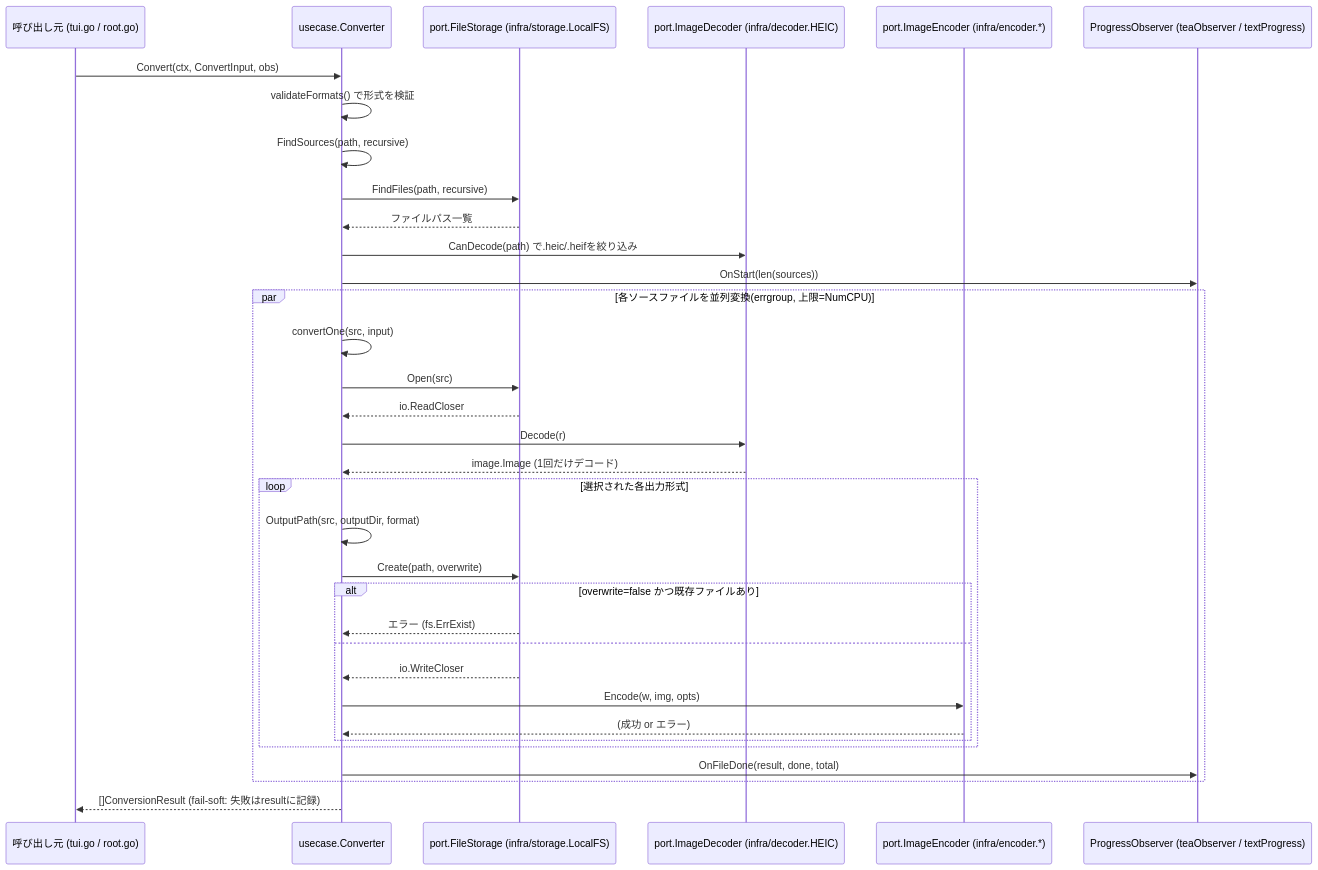
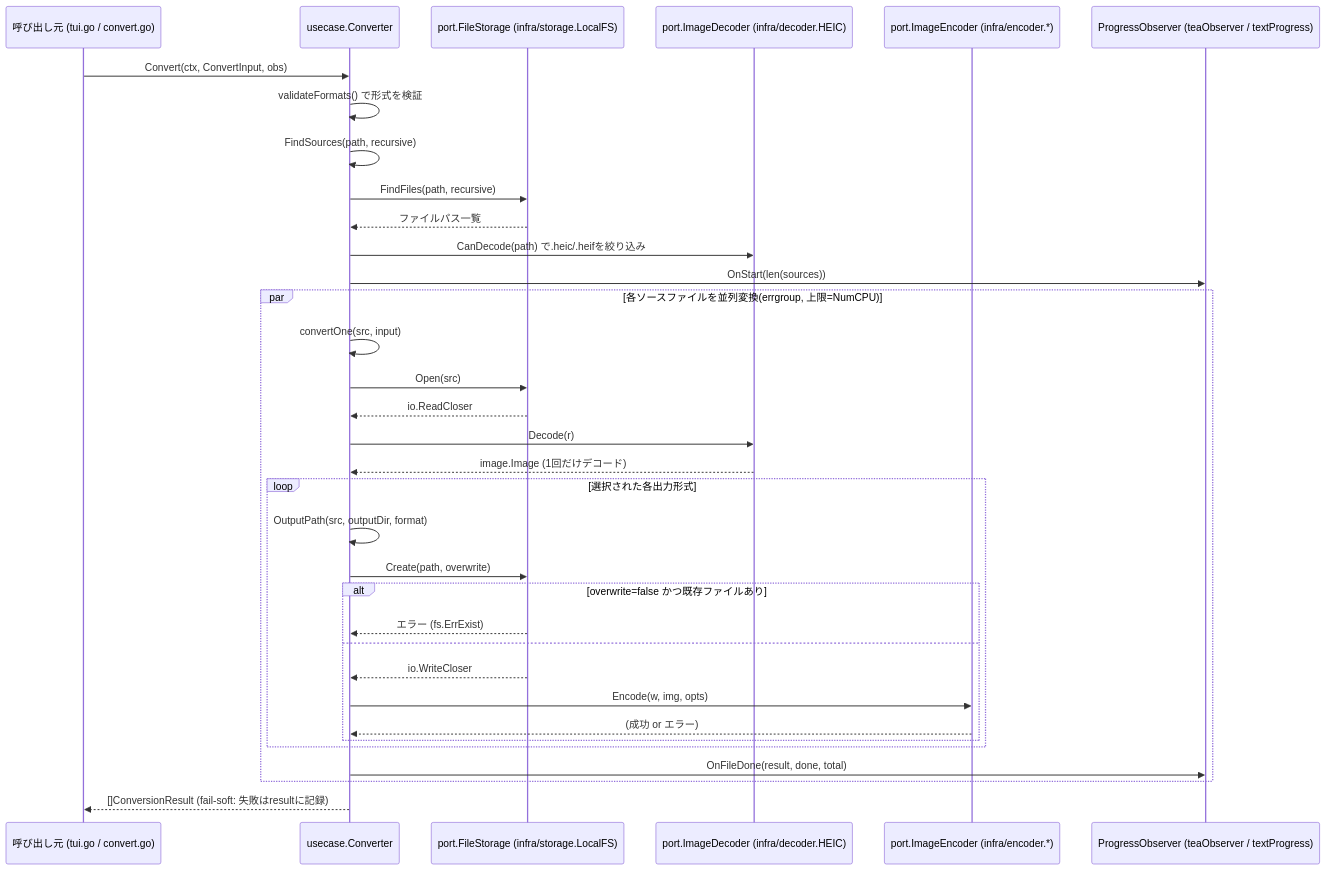
Before and after one commit to kkito0726/heic-converter: the second of 2 diagrams in doc/cli-converter/processing-sequence.md, drawn with Mermaid. The commit also changed other lines of this file, not shown here.

Commit message:
docs: シーケンス図のファイル参照をconvert.go分離後の構成に更新

````diff
--- a/doc/cli-converter/processing-sequence.md
+++ b/doc/cli-converter/processing-sequence.md
@@ -54,39 +55,39 @@
 ```mermaid
 sequenceDiagram
-    participant Caller as 呼び出し元 (tui.go / root.go)
+    participant Caller as 呼び出し元 (tui.go / convert.go)
     participant Conv as usecase.Converter
     participant Storage as port.FileStorage (infra/storage.LocalFS)
     participant Decoder as port.ImageDecoder (infra/decoder.HEIC)
     participant Encoder as port.ImageEncoder (infra/encoder.*)
     participant Obs as ProgressObserver (teaObserver / textProgress)
 
     Caller->>Conv: Convert(ctx, ConvertInput, obs)
     Conv->>Conv: validateFormats() で形式を検証
     Conv->>Conv: FindSources(path, recursive)
     Conv->>Storage: FindFiles(path, recursive)
     Storage-->>Conv: ファイルパス一覧
     Conv->>Decoder: CanDecode(path) で.heic/.heifを絞り込み
     Conv->>Obs: OnStart(len(sources))
 
     par 各ソースファイルを並列変換(errgroup, 上限=NumCPU)
         Conv->>Conv: convertOne(src, input)
         Conv->>Storage: Open(src)
         Storage-->>Conv: io.ReadCloser
         Conv->>Decoder: Decode(r)
         Decoder-->>Conv: image.Image (1回だけデコード)
         loop 選択された各出力形式
             Conv->>Conv: OutputPath(src, outputDir, format)
             Conv->>Storage: Create(path, overwrite)
             alt overwrite=false かつ既存ファイルあり
                 Storage-->>Conv: エラー (fs.ErrExist)
             else
                 Storage-->>Conv: io.WriteCloser
                 Conv->>Encoder: Encode(w, img, opts)
                 Encoder-->>Conv: (成功 or エラー)
             end
         end
         Conv->>Obs: OnFileDone(result, done, total)
     end
 
     Conv-->>Caller: []ConversionResult (fail-soft: 失敗はresultに記録)
 ```
````
